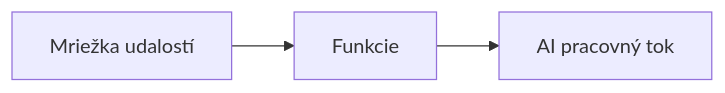
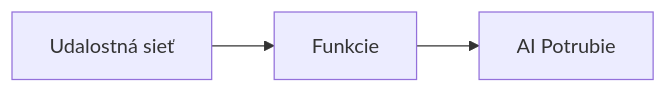
The second of 2 diagrams in translations/sk/docs/chapter-08-production/README.md (microsoft/AZD-for-beginners), drawn with Mermaid before and after one commit. The commit also changed other lines of this file and 59 other files, not shown here.

````diff
--- a/translations/sk/docs/chapter-08-production/README.md
+++ b/translations/sk/docs/chapter-08-production/README.md
@@ -57,4 +57,4 @@
 ```mermaid
 graph LR
-    EventGrid[Mriežka udalostí] --> Functions[Funkcie] --> Pipeline[AI pracovný tok]
+    EventGrid[Udalostná sieť] --> Functions[Funkcie] --> Pipeline[AI Potrubie]
 ```
````
